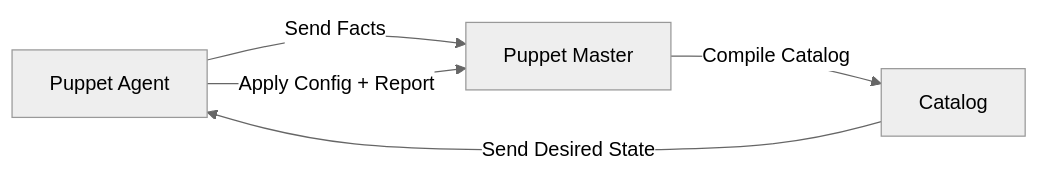
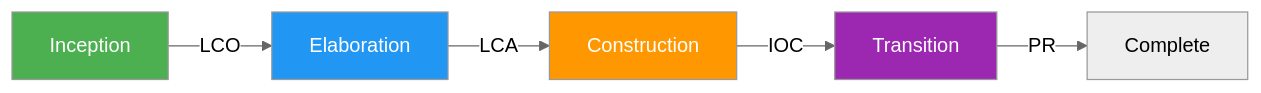
The sixth of 38 diagrams in DevOps_II_Sessional_Answers.md (nathimike102/Coding_journey), drawn with Mermaid (neutral theme) before and after one commit. The commit also changed other lines of this file, not shown here.

````diff
--- a/DevOps_II_Sessional_Answers.md
+++ b/DevOps_II_Sessional_Answers.md
@@ -627,7 +227,12 @@
 ```mermaid
-flowchart LR
-    A[Puppet Agent] -->|Send Facts| M[Puppet Master]
-    M -->|Compile Catalog| C[Catalog]
-    C -->|Send Desired State| A
-    A -->|Apply Config + Report| M
+graph LR
+    I[Inception] -->|LCO| E[Elaboration]
+    E -->|LCA| C[Construction]
+    C -->|IOC| T[Transition]
+    T -->|PR| Done[Complete]
+
+    style I fill:#4CAF50,color:white
+    style E fill:#2196F3,color:white
+    style C fill:#FF9800,color:white
+    style T fill:#9C27B0,color:white
 ```
````
